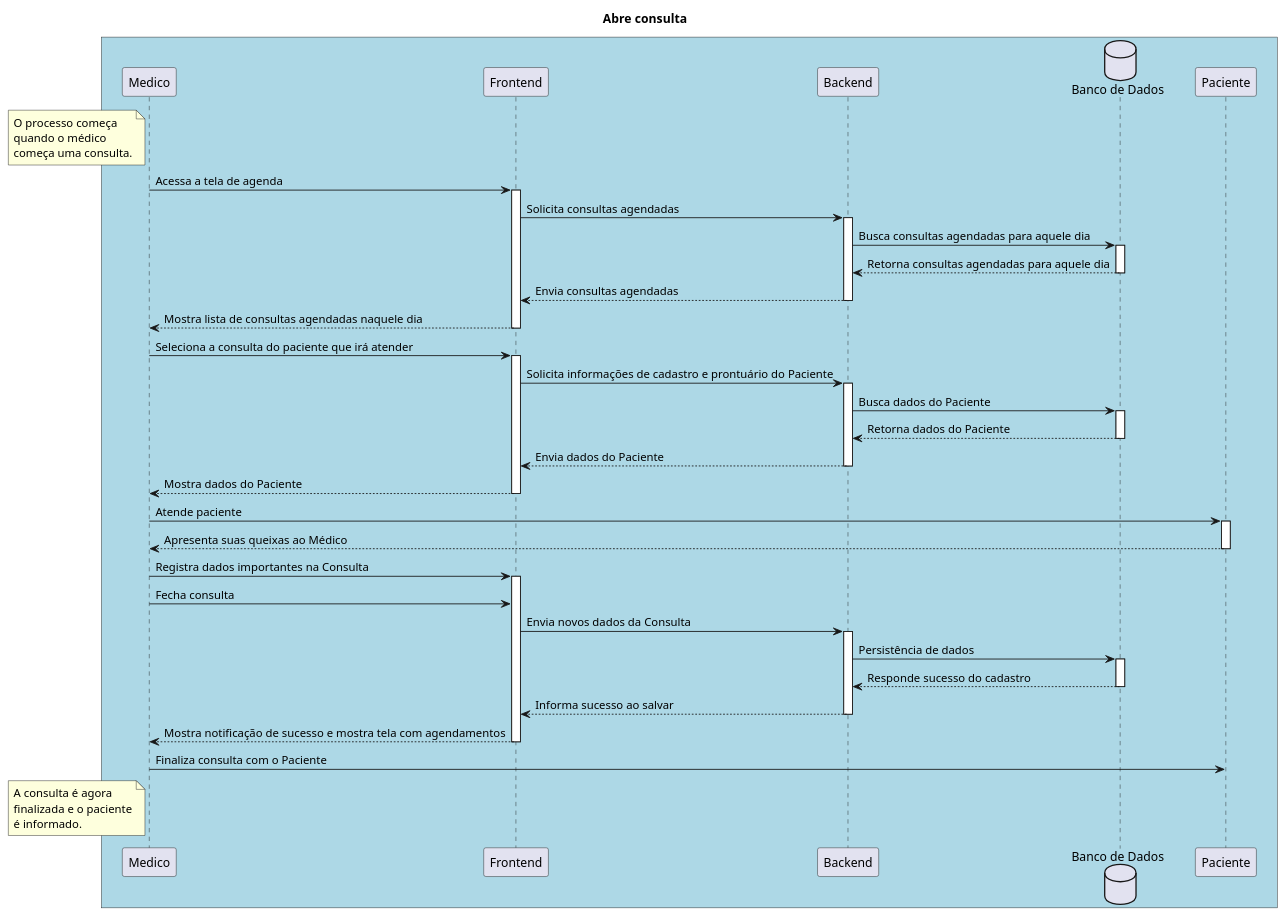
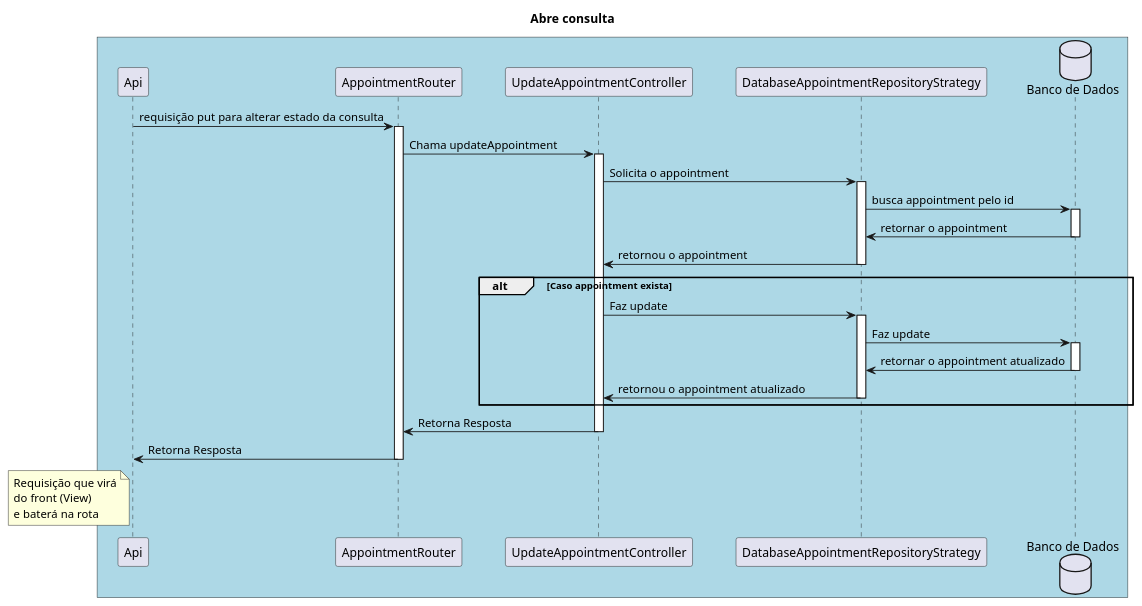
Before and after one commit to vaniacourses/projeto-software-robson-caetano: the diagram in docs/sequencia/abre-consulta.puml, drawn with PlantUML.

Commit message:
improvement 'abre conulta' sequence diagram

```diff
--- a/docs/sequencia/abre-consulta.puml
+++ b/docs/sequencia/abre-consulta.puml
@@ -1,70 +1,53 @@
 @startuml
 skinparam participantPadding 20
 skinparam boxPadding 10
 
-title "Abre consulta" 
+title "Abre consulta"
 
 box #LightBlue
-participant "Medico" as M
-participant "Frontend" as F
-participant "Backend" as B
+participant "Api" as A
+participant "AppointmentRouter" as R
+participant "UpdateAppointmentController" as C
+participant "DatabaseAppointmentRepositoryStrategy" as RP
 database "Banco de Dados" as DB
-participant "Paciente" as P
 
-note left of M
-  O processo começa
-  quando o médico
-  começa uma consulta.
+A -> R: requisição put para alterar estado da consulta
+activate R
+R -> C: Chama updateAppointment
+activate C
+C -> RP: Solicita o appointment
+activate RP
+RP -> DB: busca appointment pelo id
+activate DB
+DB -> RP: retornar o appointment
+deactivate DB
+RP -> C: retornou o appointment
+deactivate RP
+
+alt Caso appointment exista
+
+    C -> RP: Faz update
+    activate RP
+    RP -> DB: Faz update
+    activate DB
+    DB -> RP: retornar o appointment atualizado
+    deactivate DB
+    RP -> C: retornou o appointment atualizado
+    deactivate RP
+end
+
+'Retorna resposta'
+C -> R: Retorna Resposta
+deactivate C
+R -> A: Retorna Resposta
+deactivate R
+
+note left of A
+    Requisição que virá
+    do front (View)
+    e baterá na rota
+    '/appointments'.
 end note
 
-M -> F: Acessa a tela de agenda
-activate F
-F -> B: Solicita consultas agendadas
-activate B
-B -> DB: Busca consultas agendadas para aquele dia
-activate DB
-DB --> B: Retorna consultas agendadas para aquele dia
-deactivate DB
-B --> F: Envia consultas agendadas
-deactivate B
-F --> M: Mostra lista de consultas agendadas naquele dia
-deactivate F
-M -> F: Seleciona a consulta do paciente que irá atender
-activate F
-F -> B: Solicita informações de cadastro e prontuário do Paciente
-activate B
-B -> DB: Busca dados do Paciente
-activate DB
-DB --> B: Retorna dados do Paciente
-deactivate DB
-B --> F: Envia dados do Paciente
-deactivate B
-F --> M: Mostra dados do Paciente
-deactivate F
-M -> P: Atende paciente
-activate P
-P --> M: Apresenta suas queixas ao Médico
-deactivate P
-M -> F: Registra dados importantes na Consulta
-activate F
-M -> F: Fecha consulta
-F -> B: Envia novos dados da Consulta
-activate B
-B -> DB: Persistência de dados
-activate DB
-DB --> B: Responde sucesso do cadastro
-deactivate DB
-B --> F: Informa sucesso ao salvar
-deactivate B
-F --> M: Mostra notificação de sucesso e mostra tela com agendamentos
-deactivate F
-
-M -> P: Finaliza consulta com o Paciente
-
-note left of M
-  A consulta é agora
-  finalizada e o paciente
-  é informado.
-end note
 
 @enduml
```
